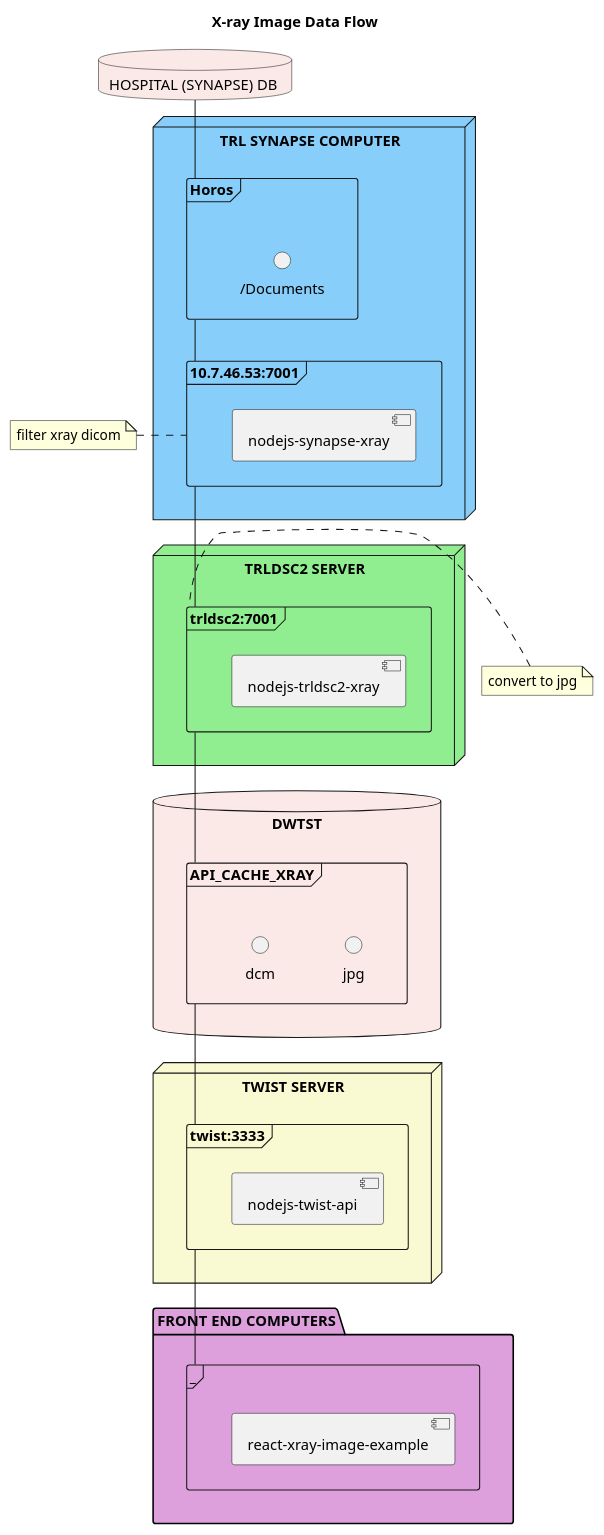
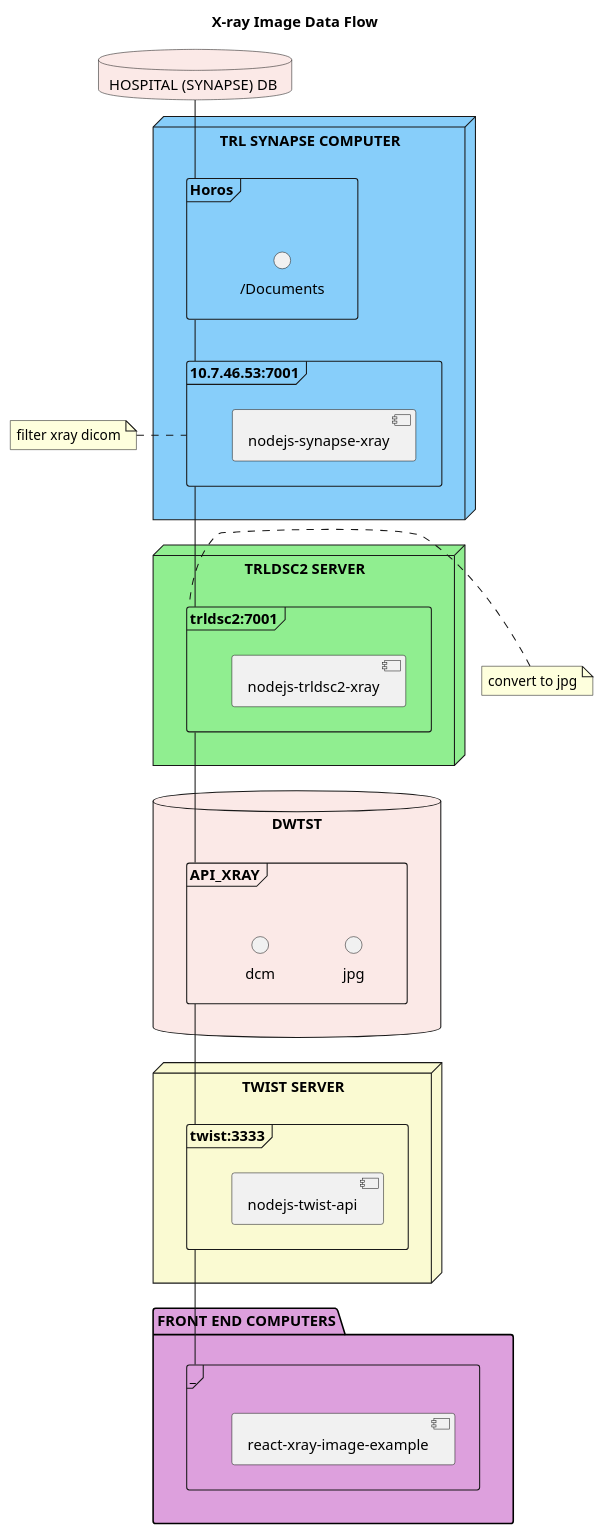
One commit to TwistTRL/nodejs-twist-api changed the diagram in assets/synapse/xray-image-simple.iuml. Above: the diagram before and after it, drawn with PlantUML. The commit also changed 4 other files, not shown here.

Commit message:
change xray table to API_XRAY

```diff
--- a/assets/synapse/xray-image-simple.iuml
+++ b/assets/synapse/xray-image-simple.iuml
@@ -1,56 +1,56 @@
 @startuml
 ' skinparam componentStyle uml2
 
 title X-ray Image Data Flow
 
 database "HOSPITAL (SYNAPSE) DB " as db #fbe9e7
 
 node "TRL SYNAPSE COMPUTER" as synapse #LightSkyBlue {
     frame "Horos" as horos {
         interface "/Documents"
     }
 
     frame "10.7.46.53:7001" as imageAPI {
         component "nodejs-synapse-xray" as componentImageAPI
     }
 
     horos -- imageAPI
 }
 
 node "TRLDSC2 SERVER" as trldsc2 #LightGreen {
     frame "trldsc2:7001" as trldsc2API {
         component "nodejs-trldsc2-xray" as trldsc2ImageAPI  
     }
 }
 
 
 node "TWIST SERVER" as twist #LightGoldenRodYellow {
     frame "twist:3333" as twistAPI {
         component "nodejs-twist-api" as componentTwistAPI
     }
 
 }
 
 database DWTST #fbe9e7 {
-    frame "API_CACHE_XRAY" as dbCache {
+    frame "API_XRAY" as dbCache {
         interface jpg
         interface dcm
     }
 }
 
 package "FRONT END COMPUTERS" as frontEnd #Plum {
     frame "_" as imageFE {
         component "react-xray-image-example"
     }
 }
 
 
 db -down- horos
 imageAPI -- trldsc2API
 trldsc2API -down- dbCache
 dbCache -down- twistAPI 
 twistAPI -- imageFE
 
 note left of imageAPI : filter xray dicom
 note left of trldsc2API : convert to jpg
 @enduml
```
